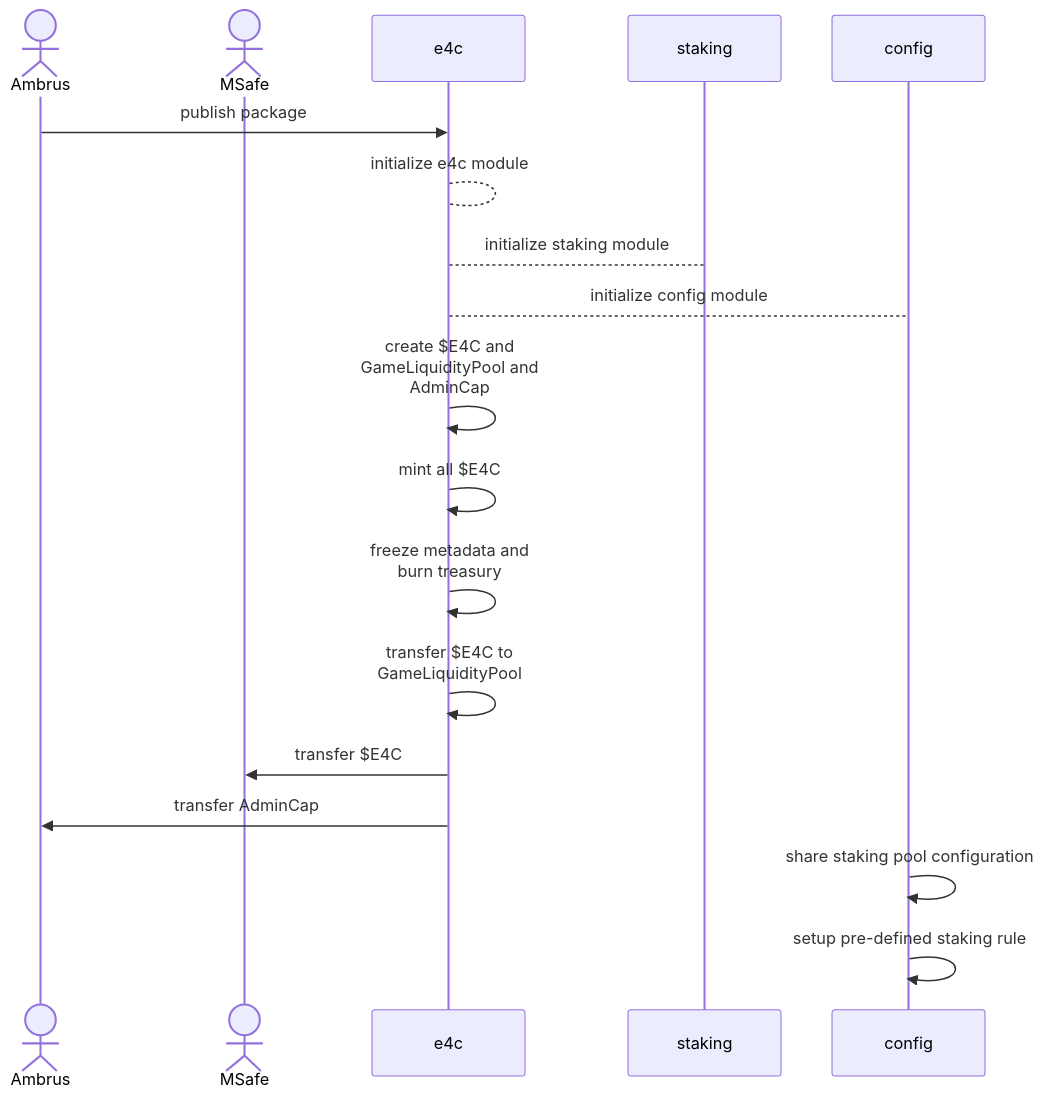
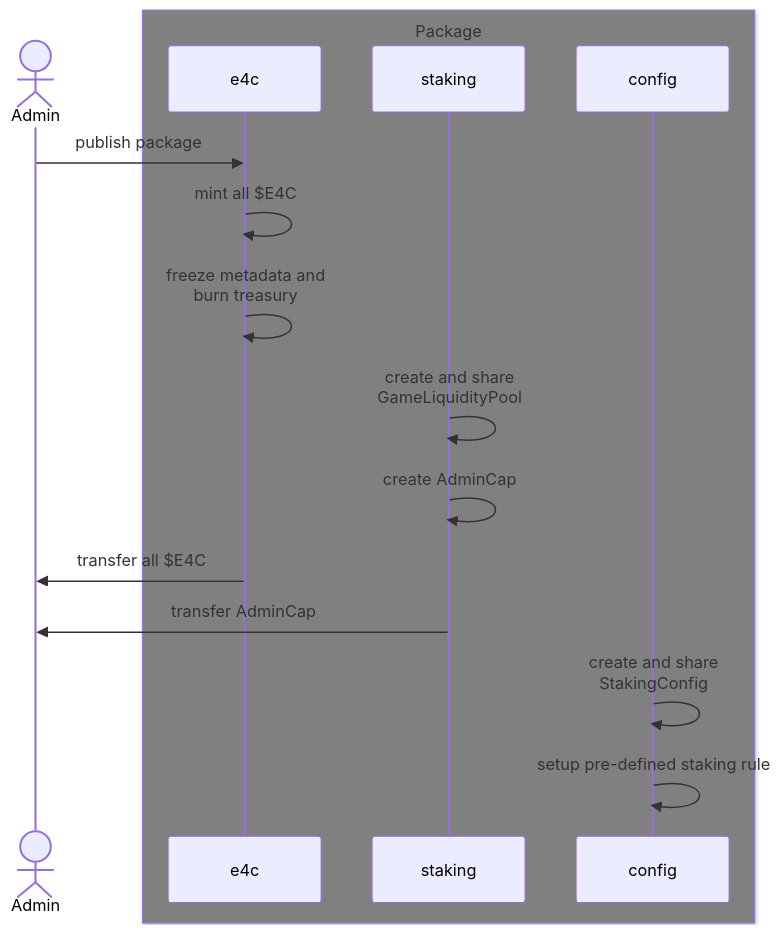
One commit to z330789559/e4c changed the first of 5 diagrams in README.md. Above: the diagram before and after it, drawn with Mermaid. The commit also changed other lines of this file, not shown here.

Commit message:
docs: update sequence diagrams

````diff
--- a/README.md
+++ b/README.md
@@ -19,20 +19,21 @@
 ```mermaid
 sequenceDiagram
-    actor A as Ambrus
-    actor M as MSafe
+    actor A as Admin
     participant e4c as e4c
     participant staking as staking
     participant config as config
     A ->> e4c: publish package
-    e4c --> e4c: initialize e4c module
-    e4c --> staking: initialize staking module
-    e4c --> config: initialize config module
-    e4c ->> e4c: create $E4C and <br />GameLiquidityPool and <br />AdminCap
+    box Gray Package
+        participant e4c as e4c
+        participant staking as staking
+        participant config as config
+    end
     e4c ->> e4c: mint all $E4C
     e4c ->> e4c: freeze metadata and <br />burn treasury
-    e4c ->> e4c: transfer $E4C to <br />GameLiquidityPool
-    e4c ->> M: transfer $E4C
-    e4c ->> A: transfer AdminCap
-    config ->> config: share staking pool configuration
+    staking ->> staking: create and share <br />GameLiquidityPool
+    staking ->> staking: create AdminCap
+    e4c ->> A: transfer all $E4C
+    staking ->> A: transfer AdminCap
+    config ->> config: create and share <br />StakingConfig
     config ->> config: setup pre-defined staking rule
 ```
````
